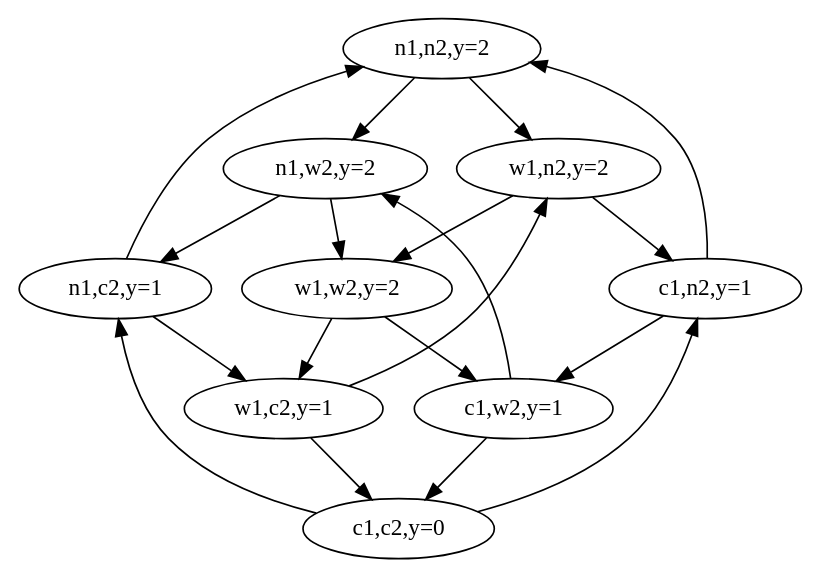
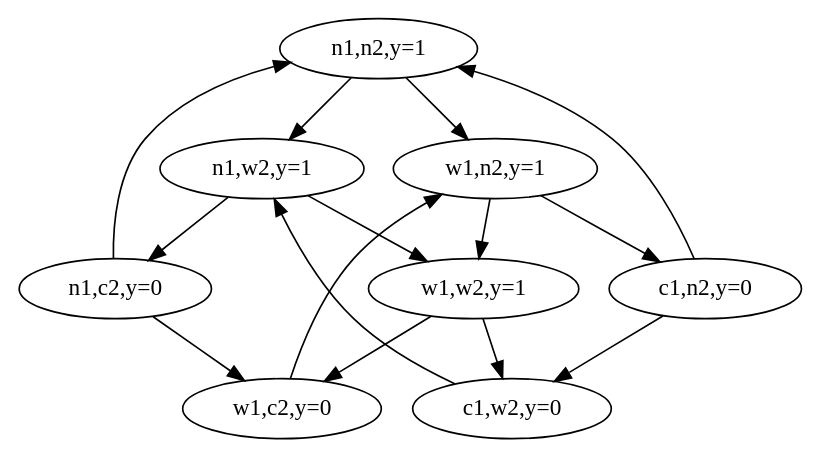
Before and after one commit to Vickyswj/FormalMethods: the diagram in mutex.dot, drawn with Graphviz. The commit also changed 2 other files, not shown here.

```diff
--- a/mutex.dot
+++ b/mutex.dot
@@ -1,25 +1,20 @@
 digraph G { 
-{rank=same;"n1,n2,y=2";}
-{rank=same;"n1,w2,y=2";"w1,n2,y=2";}
-{rank=same;"n1,c2,y=1";"w1,w2,y=2";"c1,n2,y=1";}
-{rank=same;"w1,c2,y=1";"c1,w2,y=1";}
-{rank=same;"c1,c2,y=0";}
-{"n1,n2,y=2"}->{"n1,w2,y=2"}
-{"n1,n2,y=2"}->{"w1,n2,y=2"}
-{"n1,w2,y=2"}->{"n1,c2,y=1"}
-{"n1,w2,y=2"}->{"w1,w2,y=2"}
-{"w1,n2,y=2"}->{"w1,w2,y=2"}
-{"w1,n2,y=2"}->{"c1,n2,y=1"}
-{"n1,c2,y=1"}->{"n1,n2,y=2"}
-{"n1,c2,y=1"}->{"w1,c2,y=1"}
-{"w1,w2,y=2"}->{"w1,c2,y=1"}
-{"w1,w2,y=2"}->{"c1,w2,y=1"}
-{"c1,n2,y=1"}->{"n1,n2,y=2"}
-{"c1,n2,y=1"}->{"c1,w2,y=1"}
-{"w1,c2,y=1"}->{"w1,n2,y=2"}
-{"w1,c2,y=1"}->{"c1,c2,y=0"}
-{"c1,w2,y=1"}->{"n1,w2,y=2"}
-{"c1,w2,y=1"}->{"c1,c2,y=0"}
-{"c1,c2,y=0"}->{"n1,c2,y=1"}
-{"c1,c2,y=0"}->{"c1,n2,y=1"}
+{rank=same;"n1,n2,y=1";}
+{rank=same;"n1,w2,y=1";"w1,n2,y=1";}
+{rank=same;"n1,c2,y=0";"w1,w2,y=1";"c1,n2,y=0";}
+{rank=same;"w1,c2,y=0";"c1,w2,y=0";}
+{"n1,n2,y=1"}->{"n1,w2,y=1"}
+{"n1,n2,y=1"}->{"w1,n2,y=1"}
+{"n1,w2,y=1"}->{"n1,c2,y=0"}
+{"n1,w2,y=1"}->{"w1,w2,y=1"}
+{"w1,n2,y=1"}->{"w1,w2,y=1"}
+{"w1,n2,y=1"}->{"c1,n2,y=0"}
+{"n1,c2,y=0"}->{"n1,n2,y=1"}
+{"n1,c2,y=0"}->{"w1,c2,y=0"}
+{"w1,w2,y=1"}->{"w1,c2,y=0"}
+{"w1,w2,y=1"}->{"c1,w2,y=0"}
+{"c1,n2,y=0"}->{"n1,n2,y=1"}
+{"c1,n2,y=0"}->{"c1,w2,y=0"}
+{"w1,c2,y=0"}->{"w1,n2,y=1"}
+{"c1,w2,y=0"}->{"n1,w2,y=1"}
 }
```
